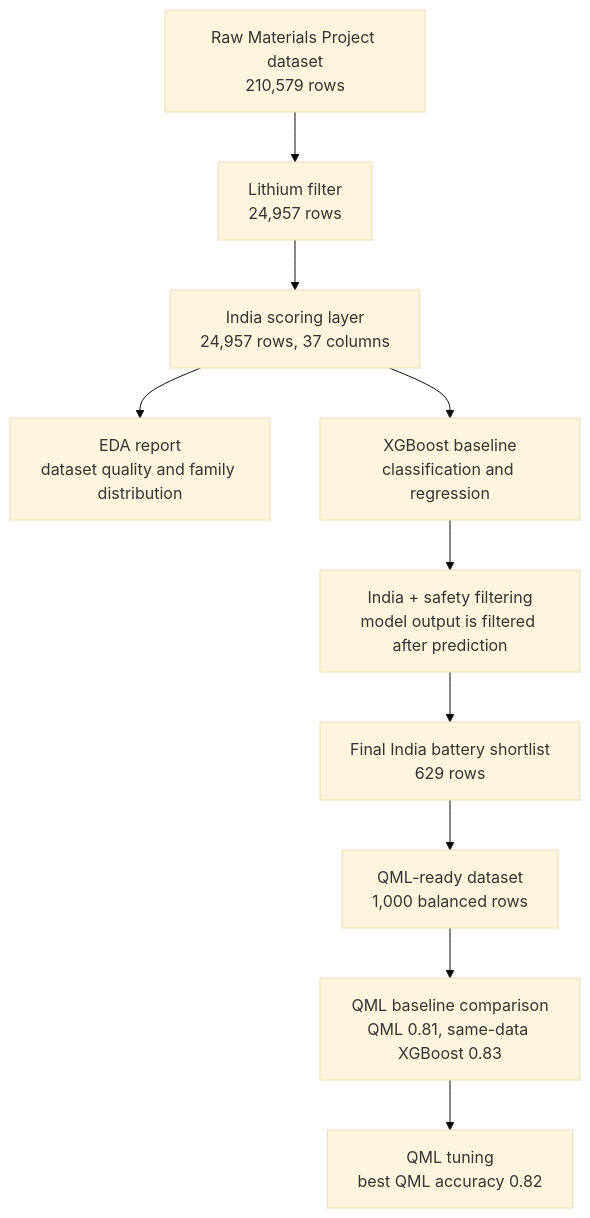
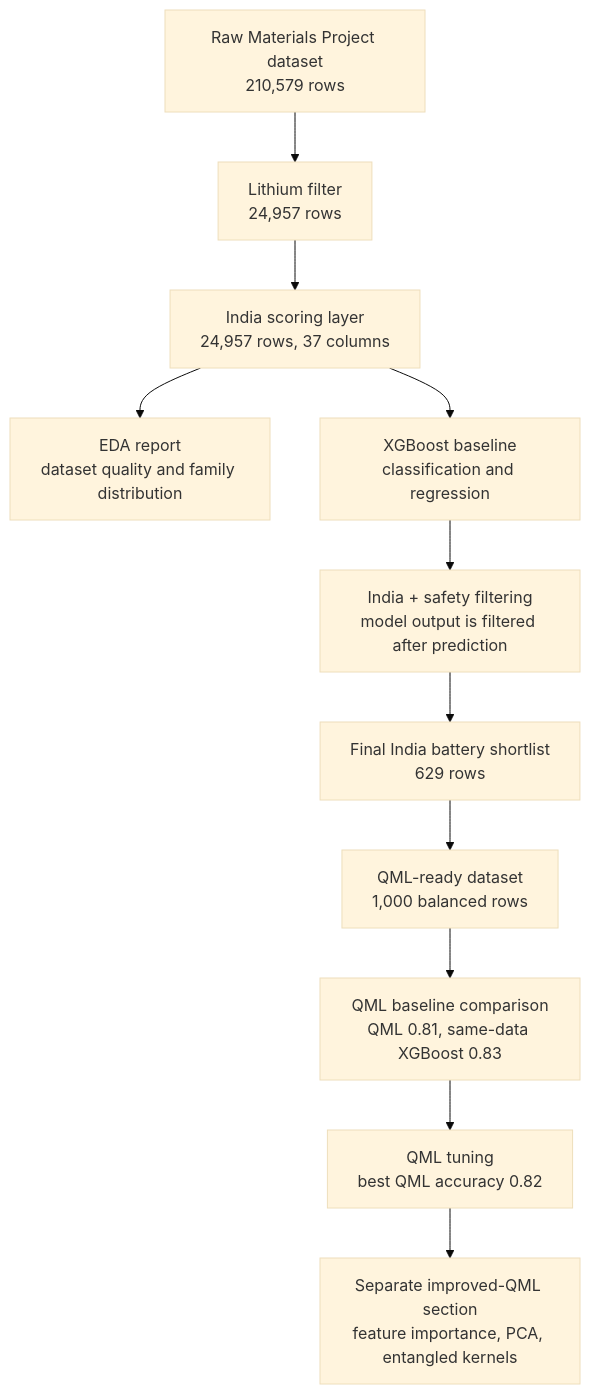
One commit to lifeknife10A/hybrid-quantum-battery-stability-prediction changed the diagram in Summer Vacation/data/metadata/project_pipeline_summary.md. Above: the diagram before and after it, drawn with Mermaid (base theme). The commit also changed other lines of this file and 12 other files, not shown here.

Commit message:
Add improved QML experiment section

````diff
--- a/Summer Vacation/data/metadata/project_pipeline_summary.md
+++ b/Summer Vacation/data/metadata/project_pipeline_summary.md
@@ -36,12 +36,13 @@
 ```mermaid
 flowchart TD
     A["Raw Materials Project dataset<br/>210,579 rows"] --> B["Lithium filter<br/>24,957 rows"]
     B --> C["India scoring layer<br/>24,957 rows, 37 columns"]
     C --> D["EDA report<br/>dataset quality and family distribution"]
     C --> E["XGBoost baseline<br/>classification and regression"]
     E --> F["India + safety filtering<br/>model output is filtered after prediction"]
     F --> G["Final India battery shortlist<br/>629 rows"]
     G --> H["QML-ready dataset<br/>1,000 balanced rows"]
     H --> I["QML baseline comparison<br/>QML 0.81, same-data XGBoost 0.83"]
     I --> J["QML tuning<br/>best QML accuracy 0.82"]
+    J --> K["Separate improved-QML section<br/>feature importance, PCA, entangled kernels"]
 ```
````
